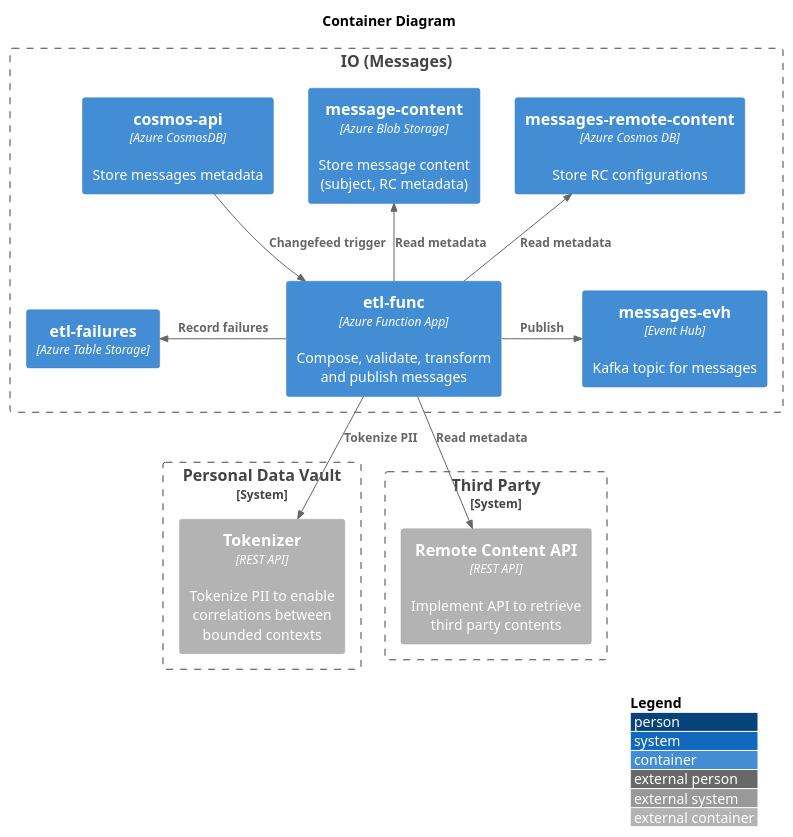
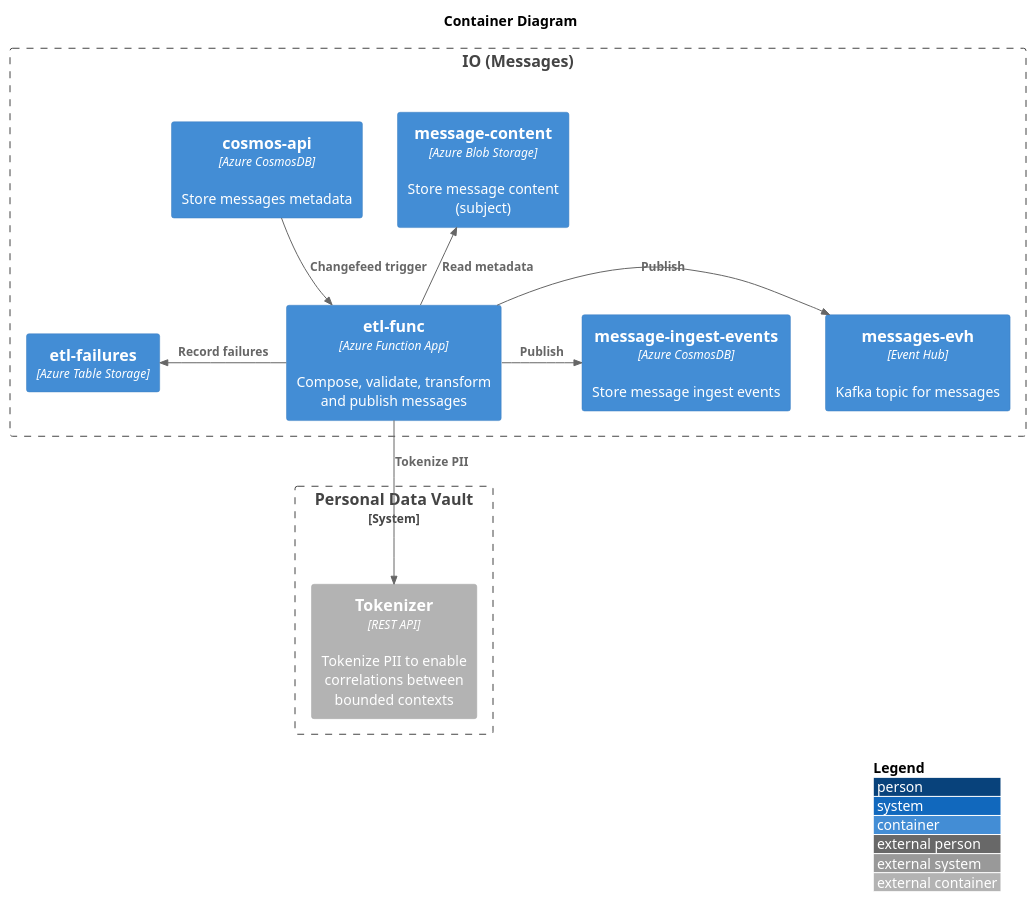
Before and after one commit to pagopa/io-messages: the diagram in docs/data-plan/container.puml, drawn with PlantUML. The commit also changed 23 other files, not shown here.

Commit message:
feat: add utilities to check message events based on time ranges (#85)

```diff
--- a/docs/data-plan/container.puml
+++ b/docs/data-plan/container.puml
@@ -1,36 +1,31 @@
 @startuml data-plan-container
 !include <C4/C4_Context>
 !include <C4/C4_Container>
 
 LAYOUT_WITH_LEGEND()
 
 title Container Diagram
 
 Boundary(io, "IO (Messages)") {
   Container(apidb, "cosmos-api", "Azure CosmosDB", "Store messages metadata")
-  Container(msgst, "message-content", "Azure Blob Storage", "Store message content (subject, RC metadata)")
+  Container(msgst, "message-content", "Azure Blob Storage", "Store message content (subject)")
   Container(etlfn, "etl-func", "Azure Function App", "Compose, validate, transform and publish messages")
-  Container(rcdb, "messages-remote-content", "Azure Cosmos DB", "Store RC configurations")
   Container(msgevh, "messages-evh", "Event Hub", "Kafka topic for messages")
+  Container(msgsentevents, "message-ingest-events", "Azure CosmosDB", "Store message ingest events")
   Container(failtable, "etl-failures", "Azure Table Storage")
 }
 
 Rel_D(apidb, etlfn, "Changefeed trigger")
 Rel_R(etlfn, msgevh, "Publish")
+Rel_R(etlfn, msgsentevents, "Publish")
 
 Rel_U(etlfn, msgst, "Read metadata")
-Rel_U(etlfn, rcdb, "Read metadata")
 Rel_L(etlfn, failtable, "Record failures")
 
 System_Boundary(pdv, "Personal Data Vault") {
   Container_Ext(tok, "Tokenizer", "REST API", "Tokenize PII to enable correlations between bounded contexts")
 }
 
-System_Boundary(tpsys, "Third Party") {
-  Container_Ext(rcapi, "Remote Content API", "REST API", "Implement API to retrieve third party contents")
-}
-
 Rel_D(etlfn, tok, "Tokenize PII")
-Rel_D(etlfn, rcapi, "Read metadata")
 
 @enduml
```
